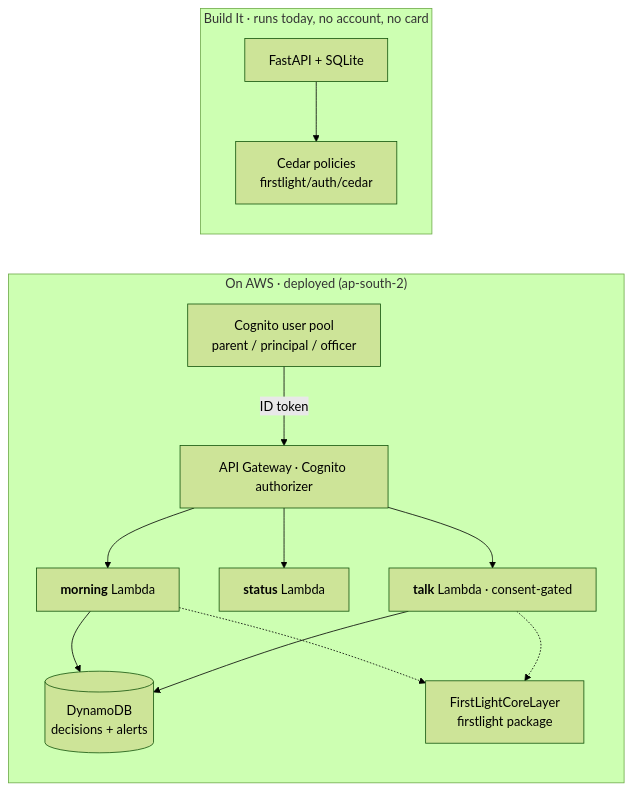
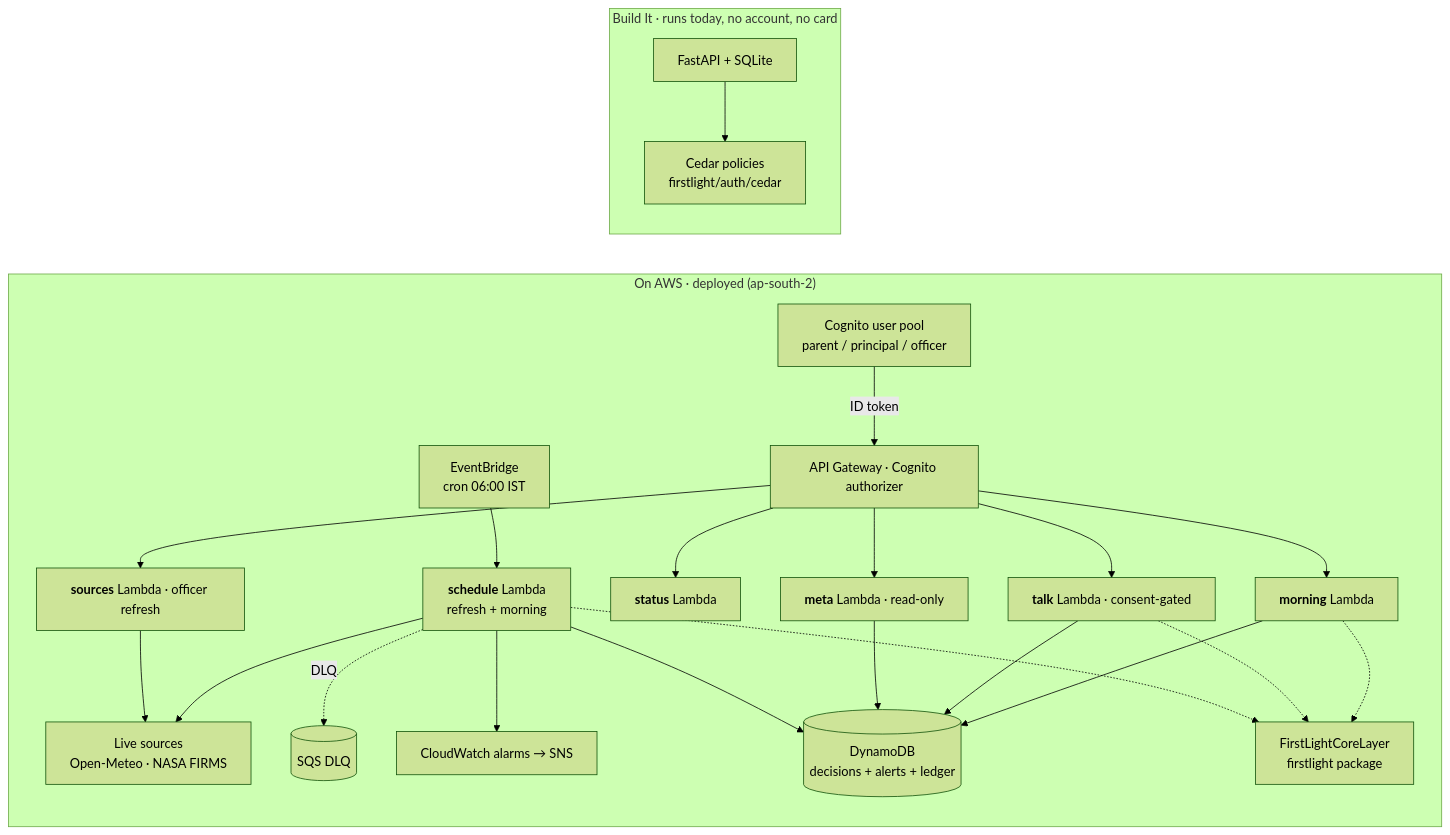
Before and after one commit to ionfwsrijan/FirstLight: the second of 2 diagrams in docs/architecture.md, drawn with Mermaid (forest theme). The commit also changed 18 other files, not shown here.

First line of the commit message:
feat(ship-it): autonomous 6 AM schedule + live air/fires with honest provenance

````diff
--- a/docs/architecture.md
+++ b/docs/architecture.md
@@ -44,16 +44,26 @@
 ```mermaid
 flowchart LR
     subgraph Cloud["On AWS · deployed (ap-south-2)"]
+        EB[EventBridge<br/>cron 06:00 IST] --> L0[<b>schedule</b> Lambda<br/>refresh + morning]
         CA[Cognito user pool<br/>parent / principal / officer] -->|ID token| APIGW[API Gateway · Cognito authorizer]
         APIGW --> L1[<b>morning</b> Lambda]
         APIGW --> L2[<b>status</b> Lambda]
         APIGW --> L3[<b>talk</b> Lambda · consent-gated]
-        L1 --> DDB[(DynamoDB<br/>decisions + alerts)]
+        APIGW --> L4[<b>meta</b> Lambda · read-only]
+        APIGW --> L5[<b>sources</b> Lambda · officer refresh]
+        L0 --> LIVE[Live sources<br/>Open-Meteo · NASA FIRMS]
+        L5 --> LIVE
+        L0 -.->|DLQ| SQ[(SQS DLQ)]
+        L0 --> CW[CloudWatch alarms → SNS]
+        L1 --> DDB[(DynamoDB<br/>decisions + alerts + ledger)]
         L3 --> DDB
+        L4 --> DDB
+        L0 --> DDB
         L1 -.-> LAYER[FirstLightCoreLayer<br/>firstlight package]
         L3 -.-> LAYER
+        L0 -.-> LAYER
     end
     subgraph Local["Build It · runs today, no account, no card"]
         LL1[FastAPI + SQLite] --> PLUG[Cedar policies<br/>firstlight/auth/cedar]
     end
 ```
````
